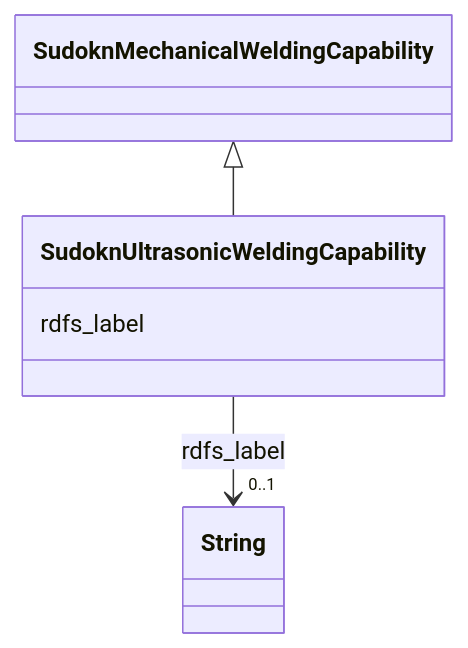
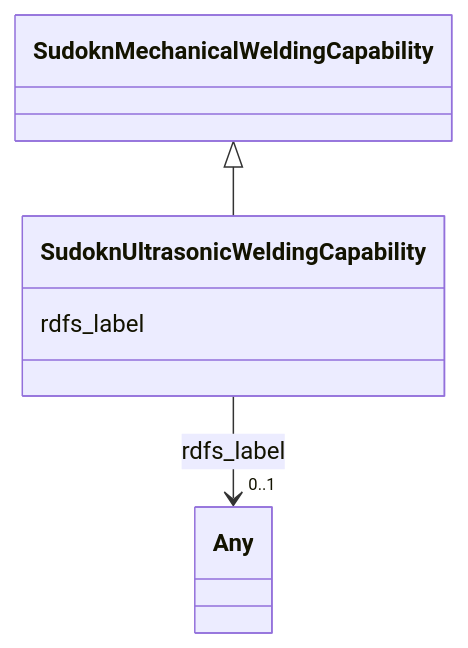
Before and after one commit to frink-okn/graph-descriptions: the diagram in sudokn-kg/classes/SudoknUltrasonicWeldingCapability.md, drawn with Mermaid. The commit also changed other lines of this file and 903 other files, not shown here.

````diff
--- a/sudokn-kg/classes/SudoknUltrasonicWeldingCapability.md
+++ b/sudokn-kg/classes/SudoknUltrasonicWeldingCapability.md
@@ -23,18 +16,18 @@
 ```mermaid
  classDiagram
     class SudoknUltrasonicWeldingCapability
     click SudoknUltrasonicWeldingCapability href "../SudoknUltrasonicWeldingCapability"
       SudoknMechanicalWeldingCapability <|-- SudoknUltrasonicWeldingCapability
         click SudoknMechanicalWeldingCapability href "../SudoknMechanicalWeldingCapability"
       
       SudoknUltrasonicWeldingCapability : rdfs_label
         
           
     
     
-    SudoknUltrasonicWeldingCapability --> "0..1" String : rdfs_label
-    click String href "../String"
+    SudoknUltrasonicWeldingCapability --> "0..1" Any : rdfs_label
+    click Any href "../Any"
 
         
       
 ```
````
